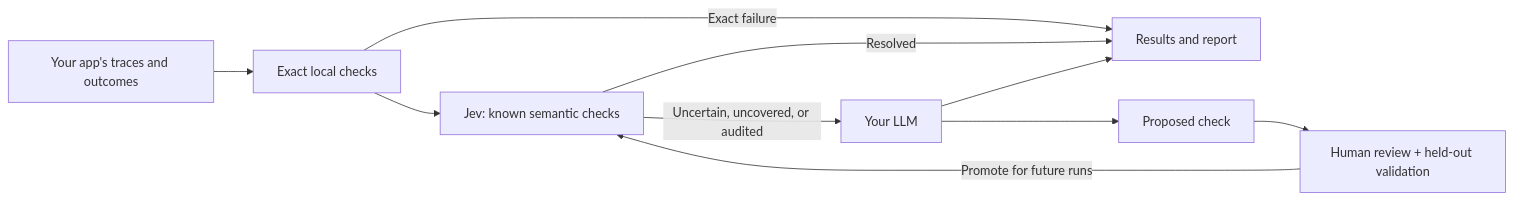
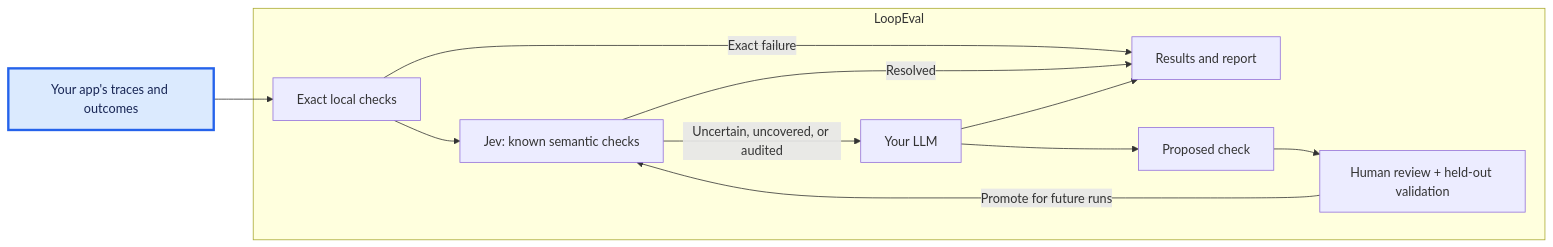
Before and after one commit to tbskin/loopeval: the diagram in README.md, drawn with Mermaid. The commit also changed other lines of this file, not shown here.

Commit message:
Refine README diagram

````diff
--- a/README.md
+++ b/README.md
@@ -35,12 +32,17 @@
 ```mermaid
 flowchart LR
-    A["Your app's traces and outcomes"] --> B["Exact local checks"]
-    B --> C["Jev: known semantic checks"]
-    B -->|"Exact failure"| R["Results and report"]
-    C -->|"Resolved"| R
-    C -->|"Uncertain, uncovered, or audited"| D["Your LLM"]
-    D --> R
-    D --> E["Proposed check"]
-    E --> F["Human review + held-out validation"]
-    F -->|"Promote for future runs"| C
+    appTraces["Your app's traces and outcomes"]
+    subgraph loopEval["LoopEval"]
+        B["Exact local checks"] --> C["Jev: known semantic checks"]
+        B -->|"Exact failure"| R["Results and report"]
+        C -->|"Resolved"| R
+        C -->|"Uncertain, uncovered, or audited"| D["Your LLM"]
+        D --> R
+        D --> E["Proposed check"]
+        E --> F["Human review + held-out validation"]
+        F -->|"Promote for future runs"| C
+    end
+    appTraces --> B
+    classDef entry fill:#dbeafe,stroke:#2563eb,stroke-width:3px,color:#172554
+    class appTraces entry
 ```
````
